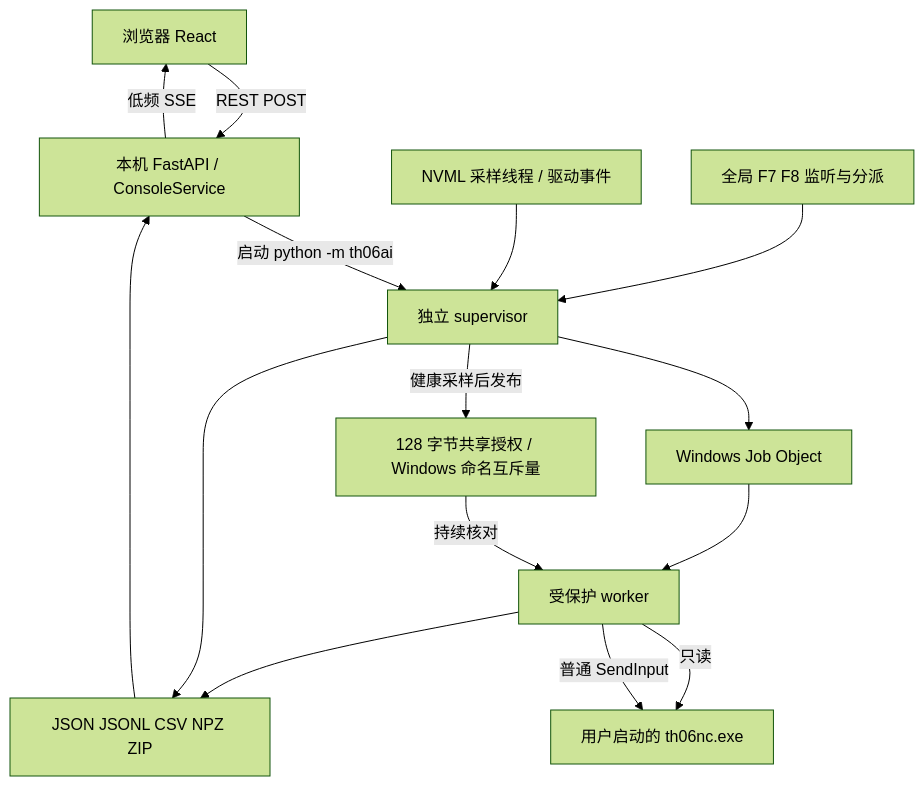
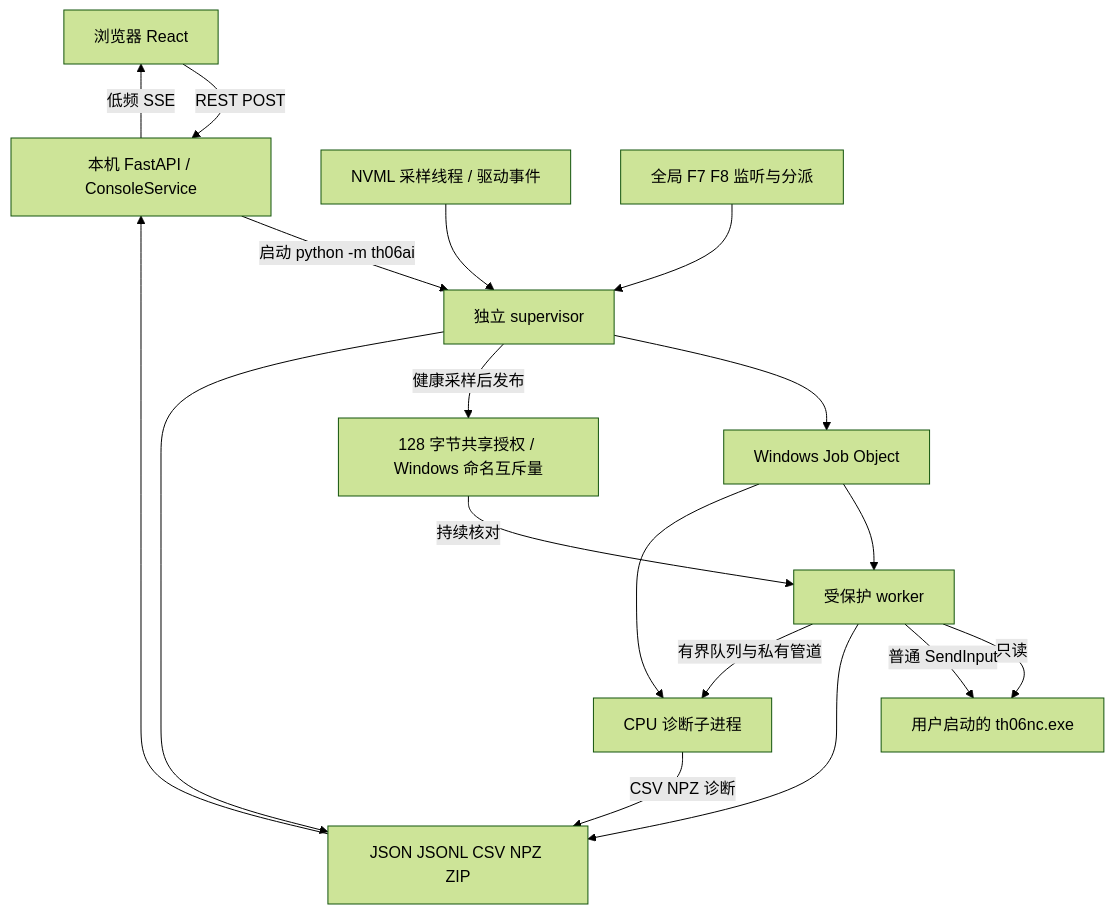
Before and after one commit to xialongxl/TH06NC-Neural-Pilot: the first of 3 diagrams in docs/architecture.md, drawn with Mermaid (forest theme). The commit also changed other lines of this file and 40 other files, not shown here.

````diff
--- a/docs/architecture.md
+++ b/docs/architecture.md
@@ -20,27 +20,31 @@
 ```mermaid
 flowchart TB
   Browser[浏览器 React]
   API[本机 FastAPI / ConsoleService]
   Guard[独立 supervisor]
   Worker[受保护 worker]
+  Diagnostics[CPU 诊断子进程]
   Game[用户启动的 th06nc.exe]
   Nvml[NVML 采样线程 / 驱动事件]
   Keys[全局 F7 F8 监听与分派]
   Lease[128 字节共享授权 / Windows 命名互斥量]
   Job[Windows Job Object]
   Disk[JSON JSONL CSV NPZ ZIP]
   Browser -->|REST POST| API
   API -->|启动 python -m th06ai| Guard
   Guard --> Job
   Job --> Worker
+  Job --> Diagnostics
   Nvml --> Guard
   Keys --> Guard
   Guard -->|健康采样后发布| Lease
   Lease -->|持续核对| Worker
   Worker -->|只读| Game
   Worker -->|普通 SendInput| Game
   Worker --> Disk
+  Worker -->|有界队列与私有管道| Diagnostics
+  Diagnostics -->|CSV NPZ 诊断| Disk
   Guard --> Disk
   Disk --> API
   API -->|低频 SSE| Browser
 ```
````
